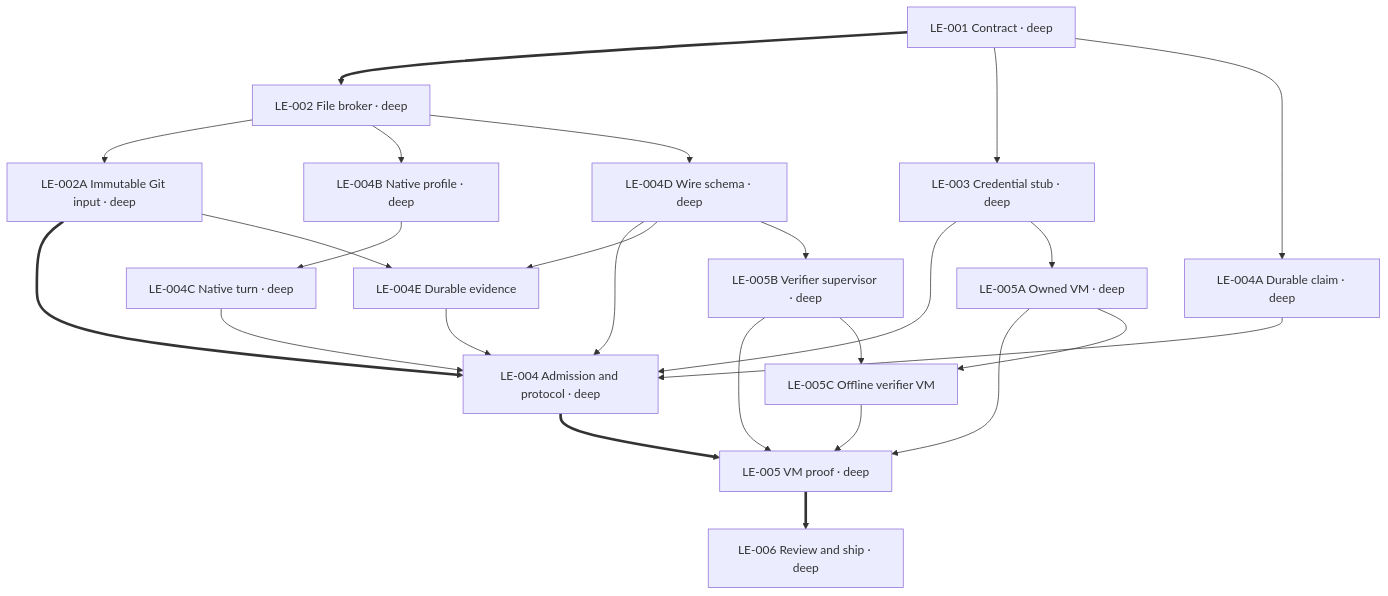
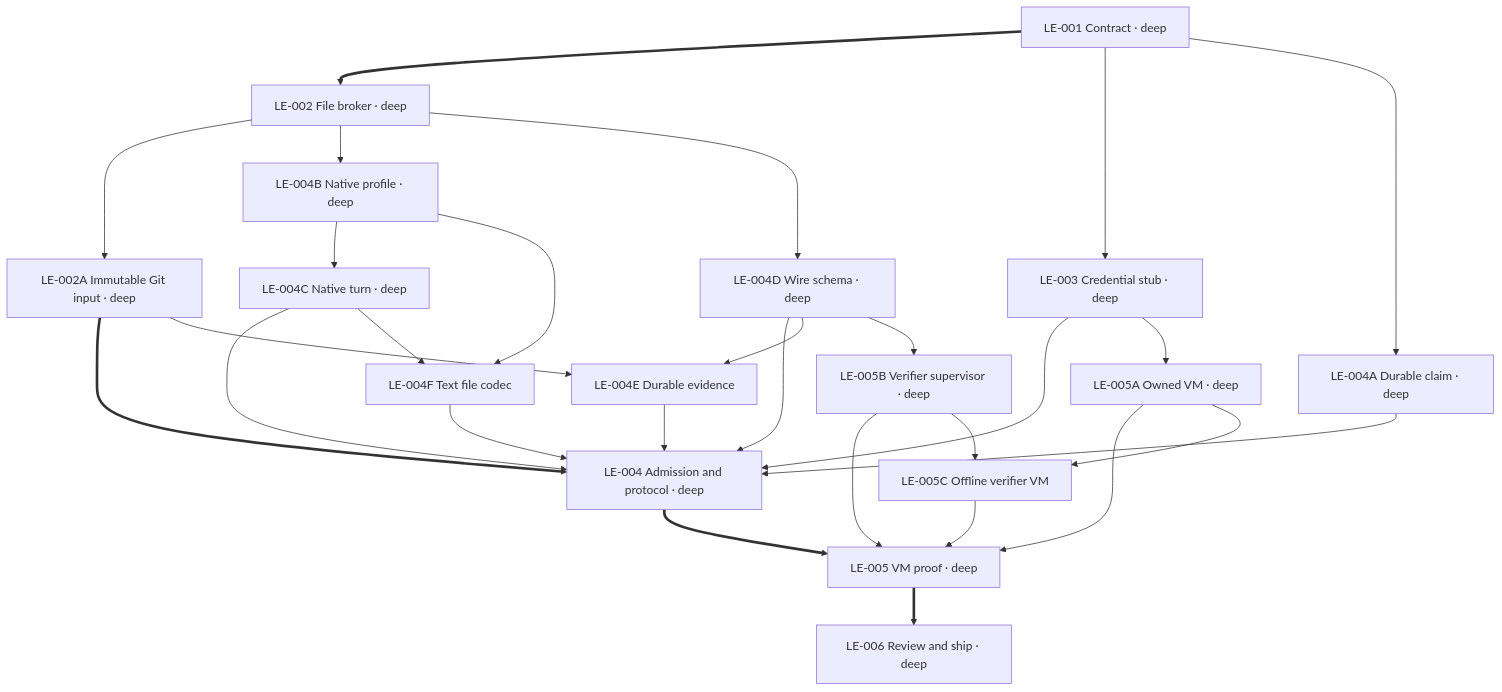
Before and after one commit to vu1n/pillbox: the diagram in docs/local-repository-execution-PLAN.md, drawn with Mermaid. The commit also changed other lines of this file and 15 other files, not shown here.

````diff
--- a/docs/local-repository-execution-PLAN.md
+++ b/docs/local-repository-execution-PLAN.md
@@ -353,27 +378,30 @@
 ```mermaid
 flowchart TD
   LE_001["LE-001 Contract · deep"] ==> LE_002["LE-002 File broker · deep"]
   LE_001 --> LE_003["LE-003 Credential stub · deep"]
   LE_002 --> LE_002A["LE-002A Immutable Git input · deep"]
   LE_001 --> LE_004A["LE-004A Durable claim · deep"]
   LE_002 --> LE_004B["LE-004B Native profile · deep"]
   LE_002A ==> LE_004["LE-004 Admission and protocol · deep"]
   LE_003 --> LE_004
   LE_004A --> LE_004
   LE_004B --> LE_004C["LE-004C Native turn · deep"]
   LE_004C --> LE_004
+  LE_004C --> LE_004F["LE-004F Text file codec"]
+  LE_004B --> LE_004F
+  LE_004F --> LE_004
   LE_002 --> LE_004D["LE-004D Wire schema · deep"]
   LE_004D --> LE_004
   LE_004D --> LE_004E["LE-004E Durable evidence"]
   LE_002A --> LE_004E
   LE_004E --> LE_004
   LE_004 ==> LE_005["LE-005 VM proof · deep"]
   LE_003 --> LE_005A["LE-005A Owned VM · deep"]
   LE_005A --> LE_005
   LE_004D --> LE_005B["LE-005B Verifier supervisor · deep"]
   LE_005B --> LE_005
   LE_005B --> LE_005C["LE-005C Offline verifier VM"]
   LE_005A --> LE_005C
   LE_005C --> LE_005
   LE_005 ==> LE_006["LE-006 Review and ship · deep"]
 ```
````
